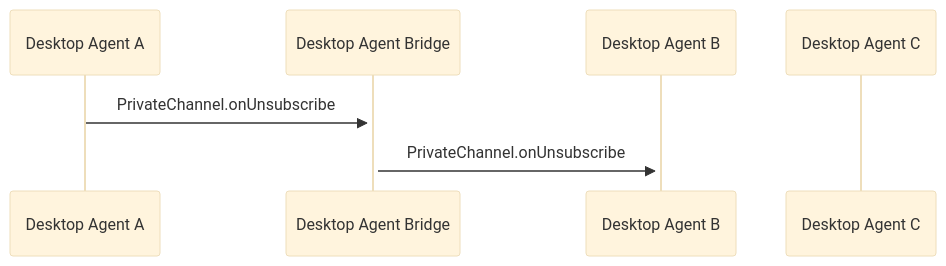
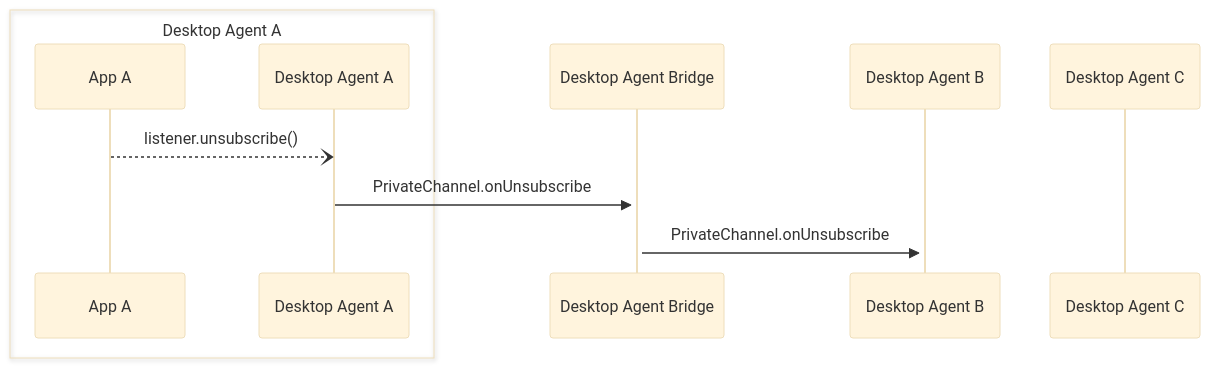
One commit to finos/FDC3 changed the diagram in docs/agent-bridging/ref/PrivateChannel.onUnsubscribe.md. Above: the diagram before and after it, drawn with Mermaid (base theme). The commit also changed 12 other files, not shown here.

First line of the commit message:
Add the app to each reference page mermaid diagram to clarify how mes… (#80)

````diff
--- a/docs/agent-bridging/ref/PrivateChannel.onUnsubscribe.md
+++ b/docs/agent-bridging/ref/PrivateChannel.onUnsubscribe.md
@@ -26,9 +26,13 @@
 ```mermaid
 sequenceDiagram
+    box Desktop Agent A
+    participant AA as App A
     participant DA as Desktop Agent A
+    end
     participant DAB as Desktop Agent Bridge
     participant DB as Desktop Agent B
     participant DC as Desktop Agent C
+    AA --) DA: listener.unsubscribe()
     DA ->>+ DAB: PrivateChannel.onUnsubscribe
     DAB ->>+ DB: PrivateChannel.onUnsubscribe
 ```
````
